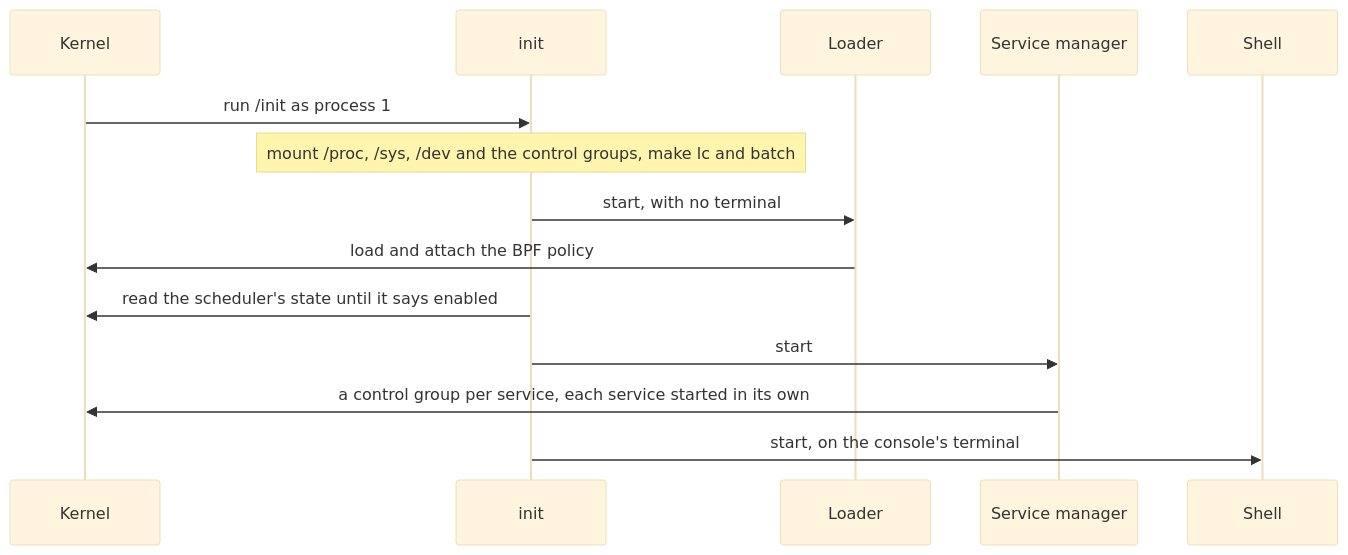
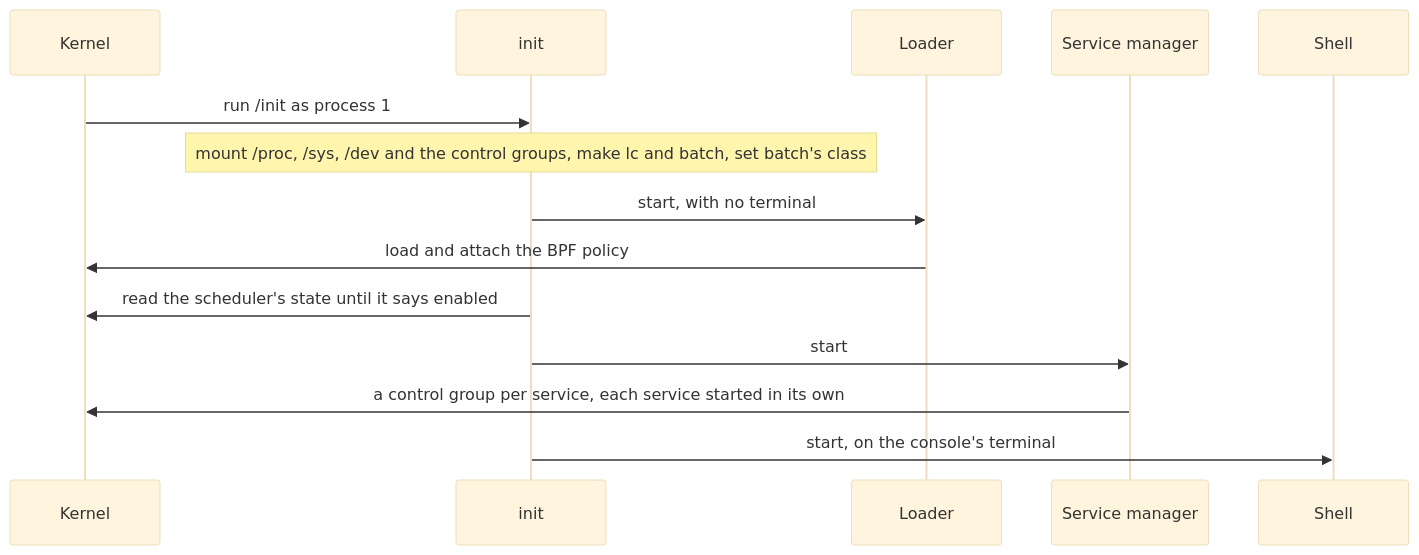
The second of 2 diagrams in README.md (AayushNair10/KairOS), drawn with Mermaid (base theme) before and after one commit. The commit also changed other lines of this file and 2 other files, not shown here.

````diff
--- a/README.md
+++ b/README.md
@@ -73,16 +74,16 @@
 ```mermaid
 sequenceDiagram
     participant K as Kernel
     participant I as init
     participant L as Loader
     participant M as Service manager
     participant S as Shell
     K->>I: run /init as process 1
-    Note over I: mount /proc, /sys, /dev and the control groups, make lc and batch
+    Note over I: mount /proc, /sys, /dev and the control groups, make lc and batch, set batch's class
     I->>L: start, with no terminal
     L->>K: load and attach the BPF policy
     I->>K: read the scheduler's state until it says enabled
     I->>M: start
     M->>K: a control group per service, each service started in its own
     I->>S: start, on the console's terminal
 ```
````
